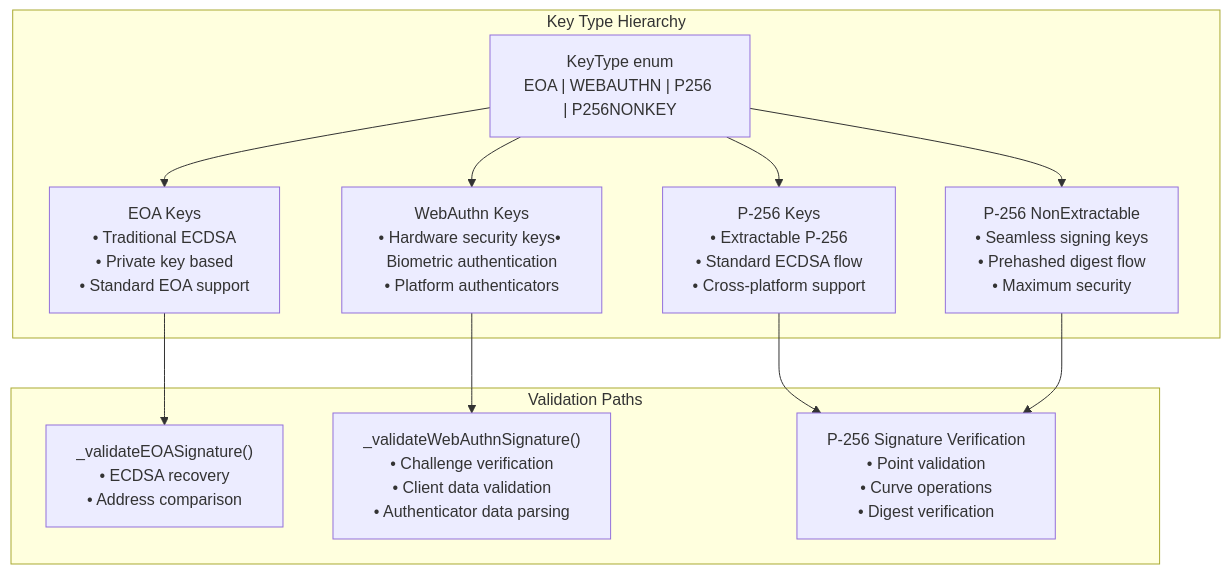
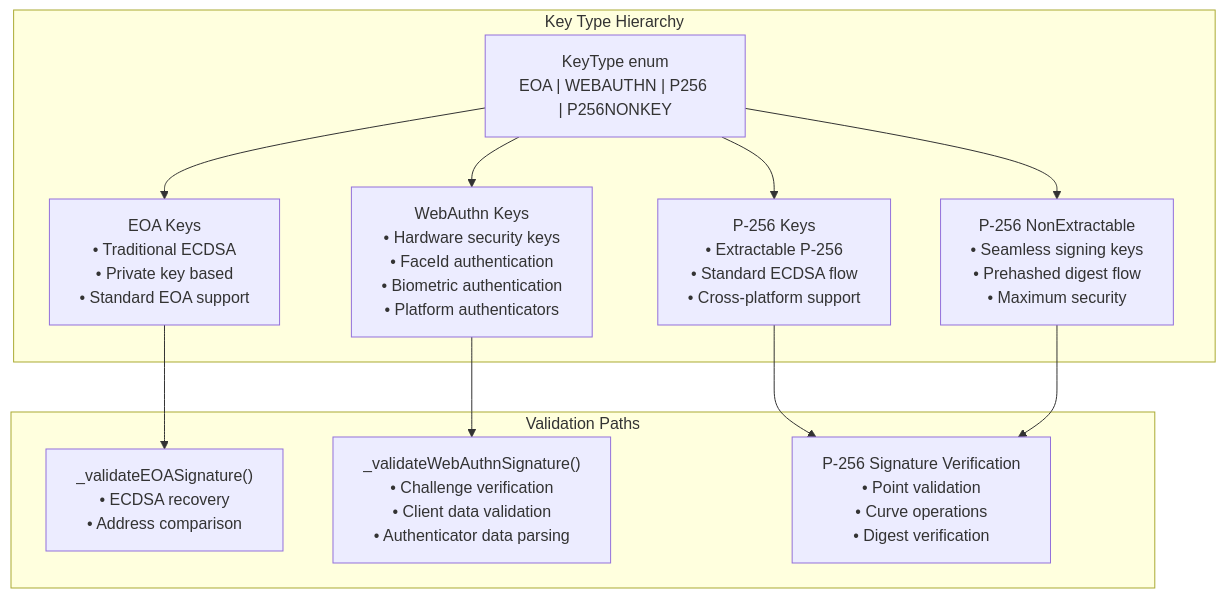
Before and after one commit to openfort-xyz/openfort-7702-account: the second of 2 diagrams in docs/SessionKeys.md, drawn with Mermaid.

Commit message:
(docs): SessionKeys.md

````diff
--- a/docs/SessionKeys.md
+++ b/docs/SessionKeys.md
@@ -60,29 +60,29 @@
 ```mermaid
 flowchart TD
     subgraph "Key Type Hierarchy"
         KeyType["KeyType enum<br/>EOA | WEBAUTHN | P256 | P256NONKEY"]
         
         EOAKey["EOA Keys<br/>• Traditional ECDSA<br/>• Private key based<br/>• Standard EOA support"]
-        WebAuthnKey["WebAuthn Keys<br/>• Hardware security keys<br• FaceId authentication<br/>• Biometric authentication<br/>• Platform authenticators"]
+        WebAuthnKey["WebAuthn Keys<br/>• Hardware security keys<br/>• FaceId authentication<br/>• Biometric authentication<br/>• Platform authenticators"]
         P256Key["P-256 Keys<br/>• Extractable P-256<br/>• Standard ECDSA flow<br/>• Cross-platform support"]
         P256NonKey["P-256 NonExtractable<br/>• Seamless signing keys<br/>• Prehashed digest flow<br/>• Maximum security"]
     end
     
     subgraph "Validation Paths"
         EOAValidation["_validateEOASignature()<br/>• ECDSA recovery<br/>• Address comparison"]
         WebAuthnValidation["_validateWebAuthnSignature()<br/>• Challenge verification<br/>• Client data validation<br/>• Authenticator data parsing"]
         P256Validation["P-256 Signature Verification<br/>• Point validation<br/>• Curve operations<br/>• Digest verification"]
     end
 
     %% Key type connections
     KeyType --> EOAKey
     KeyType --> WebAuthnKey
     KeyType --> P256Key
     KeyType --> P256NonKey
     
     %% Validation connections
     EOAKey --> EOAValidation
     WebAuthnKey --> WebAuthnValidation
     P256Key --> P256Validation
     P256NonKey --> P256Validation
 ```
````
